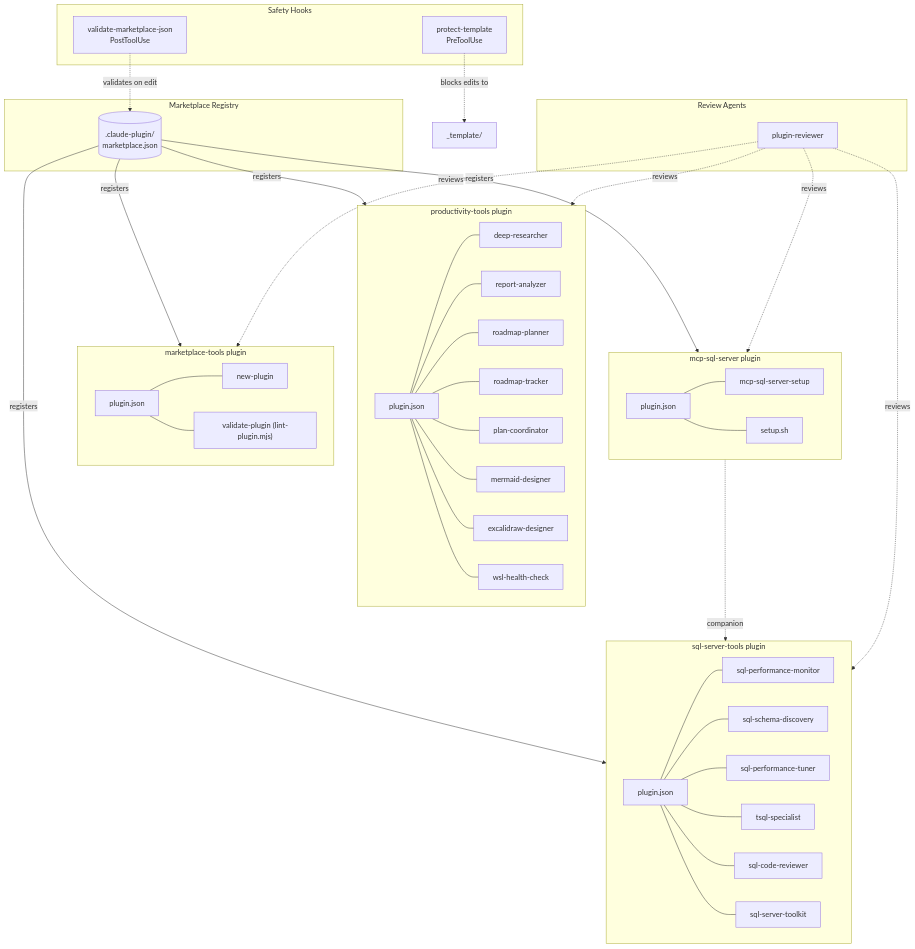
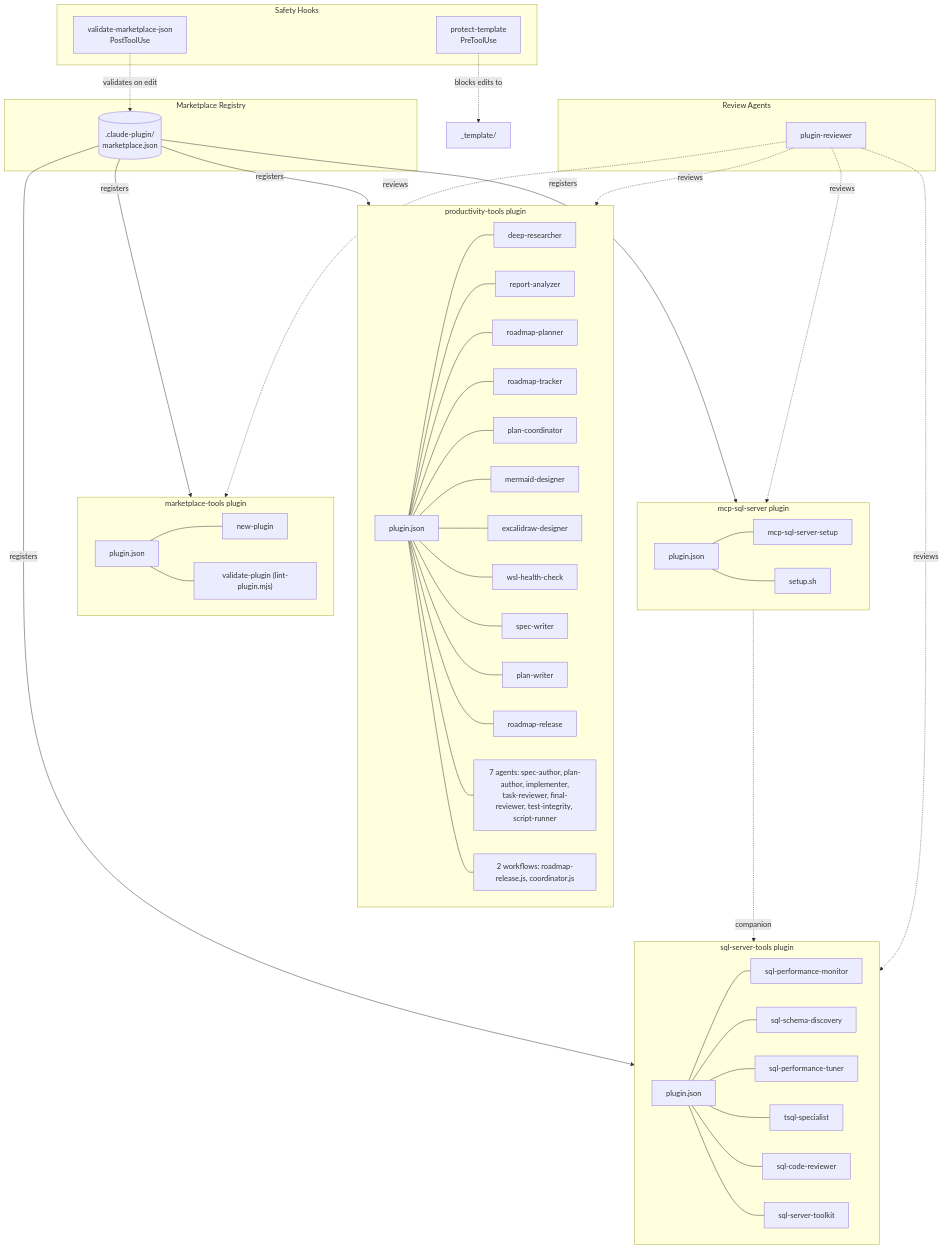
The second of 5 diagrams in docs/diagrams/repo-architecture.md (odeciojunior/claude-play), drawn with Mermaid before and after one commit. The commit also changed other lines of this file and 1 other file, not shown here.

Commit message:
docs(diagrams): productivity-tools shows 11 skills, 7 agents and 2 workflows

````diff
--- a/docs/diagrams/repo-architecture.md
+++ b/docs/diagrams/repo-architecture.md
@@ -56,72 +59,77 @@
 ```mermaid
 ---
 config:
   theme: default
 ---
 flowchart TB
   accTitle: Plugin System Architecture
   accDescr: Shows how the marketplace registry, plugins, skills, hooks, and agents relate to each other
 
   subgraph Marketplace["Marketplace Registry"]
     mktjson[(".claude-plugin/<br/>marketplace.json")]
   end
 
   subgraph Prod["productivity-tools plugin"]
     prod_pj["plugin.json"]
     dr["deep-researcher"]
     ra["report-analyzer"]
     rp["roadmap-planner"]
     rt["roadmap-tracker"]
     pc["plan-coordinator"]
     md["mermaid-designer"]
     ed["excalidraw-designer"]
     wh["wsl-health-check"]
+    sw["spec-writer"]
+    pw["plan-writer"]
+    rr["roadmap-release"]
+    pagents["7 agents: spec-author, plan-author, implementer,<br/>task-reviewer, final-reviewer, test-integrity, script-runner"]
+    pwf["2 workflows: roadmap-release.js, coordinator.js"]
   end
 
   subgraph Mkt["marketplace-tools plugin"]
     mkt_pj["plugin.json"]
     np["new-plugin"]
     vp["validate-plugin (lint-plugin.mjs)"]
   end
 
   subgraph Sql["sql-server-tools plugin"]
     sql_pj["plugin.json"]
     spm["sql-performance-monitor"]
     ssd["sql-schema-discovery"]
     spt["sql-performance-tuner"]
     ts["tsql-specialist"]
     scr["sql-code-reviewer"]
     stk["sql-server-toolkit"]
   end
 
   subgraph Mcp["mcp-sql-server plugin"]
     mcp_pj["plugin.json"]
     mss["mcp-sql-server-setup"]
     sh["setup.sh"]
   end
 
   subgraph Hooks["Safety Hooks"]
     pt["protect-template<br/>PreToolUse"]
     vm["validate-marketplace-json<br/>PostToolUse"]
   end
 
   subgraph Agents["Review Agents"]
     pr["plugin-reviewer"]
   end
 
   mktjson -->|"registers"| Prod
   mktjson -->|"registers"| Mkt
   mktjson -->|"registers"| Sql
   mktjson -->|"registers"| Mcp
 
-  prod_pj --- dr & ra & rp & rt & pc & md & ed & wh
+  prod_pj --- dr & ra & rp & rt & pc & md & ed & wh & sw & pw & rr & pagents & pwf
   mkt_pj --- np & vp
   sql_pj --- spm & ssd & spt & ts & scr & stk
   mcp_pj --- mss & sh
 
   Mcp -.->|"companion"| Sql
 
   vm -.->|"validates on edit"| mktjson
   pt -.->|"blocks edits to"| Template["_template/"]
   pr -.->|"reviews"| Prod & Mkt & Sql & Mcp
 ```
````
